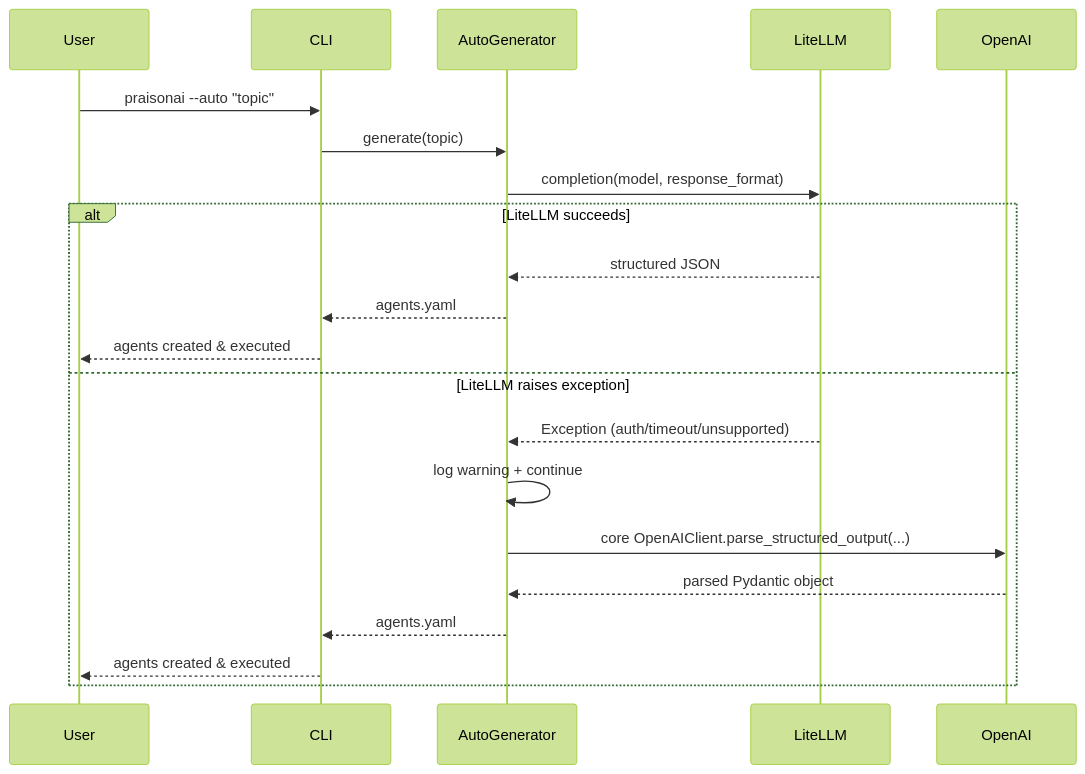
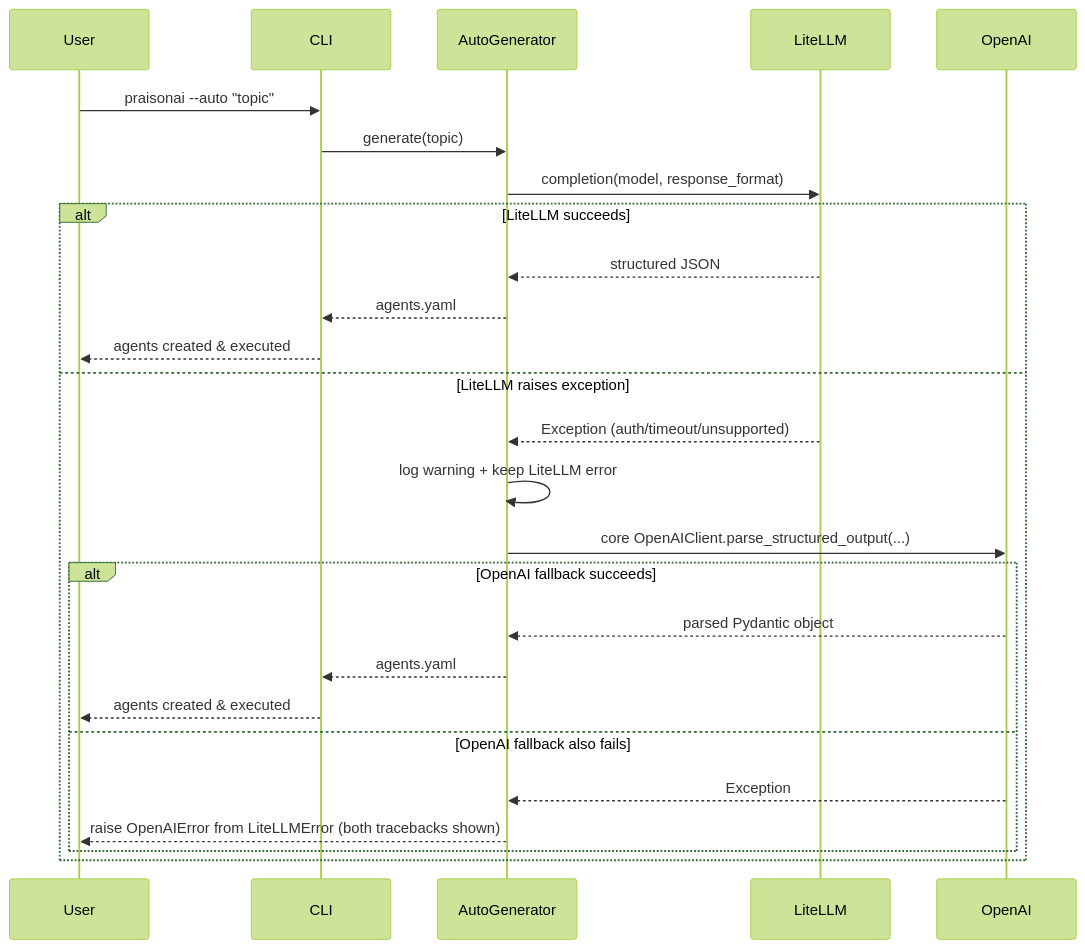
The third of 4 diagrams in docs/features/auto-generator-providers.mdx (MervinPraison/PraisonAIDocs), drawn with Mermaid (forest theme) before and after one commit. The commit also changed other lines of this file and 2 other files, not shown here.

Commit message:
docs: update async-bridge, auto-generator-providers, and framework-adapter-plugins (fixes #2340)
- framework-adapter-plugins: **kwargs adapters now pass protocol
  validation; arun validated same as run; per-method TypeError string
- auto-generator-providers: document raise ... from chaining of the
  LiteLLM error into the OpenAI-fallback failure; shared bridge note
- async-bridge: sync-completion runner threads inherit scoped bridges
  via contextvars.copy_context()

````diff
--- a/docs/features/auto-generator-providers.mdx
+++ b/docs/features/auto-generator-providers.mdx
@@ -190,24 +194,29 @@
 ```mermaid
 sequenceDiagram
     participant User
     participant CLI
     participant AutoGenerator
     participant LiteLLM
     participant OpenAI
 
     User->>CLI: praisonai --auto "topic"
     CLI->>AutoGenerator: generate(topic)
     AutoGenerator->>LiteLLM: completion(model, response_format)
     alt LiteLLM succeeds
         LiteLLM-->>AutoGenerator: structured JSON
         AutoGenerator-->>CLI: agents.yaml
         CLI-->>User: agents created & executed
     else LiteLLM raises exception
         LiteLLM-->>AutoGenerator: Exception (auth/timeout/unsupported)
-        AutoGenerator->>AutoGenerator: log warning + continue
+        AutoGenerator->>AutoGenerator: log warning + keep LiteLLM error
         AutoGenerator->>OpenAI: core OpenAIClient.parse_structured_output(...)
-        OpenAI-->>AutoGenerator: parsed Pydantic object
-        AutoGenerator-->>CLI: agents.yaml
-        CLI-->>User: agents created & executed
+        alt OpenAI fallback succeeds
+            OpenAI-->>AutoGenerator: parsed Pydantic object
+            AutoGenerator-->>CLI: agents.yaml
+            CLI-->>User: agents created & executed
+        else OpenAI fallback also fails
+            OpenAI-->>AutoGenerator: Exception
+            AutoGenerator-->>User: raise OpenAIError from LiteLLMError (both tracebacks shown)
+        end
     end
 ```
````
